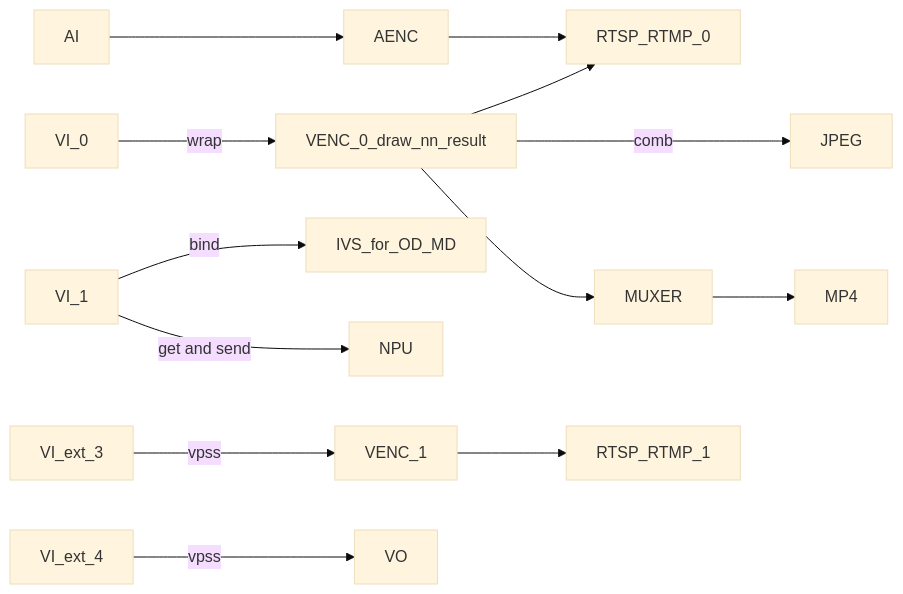
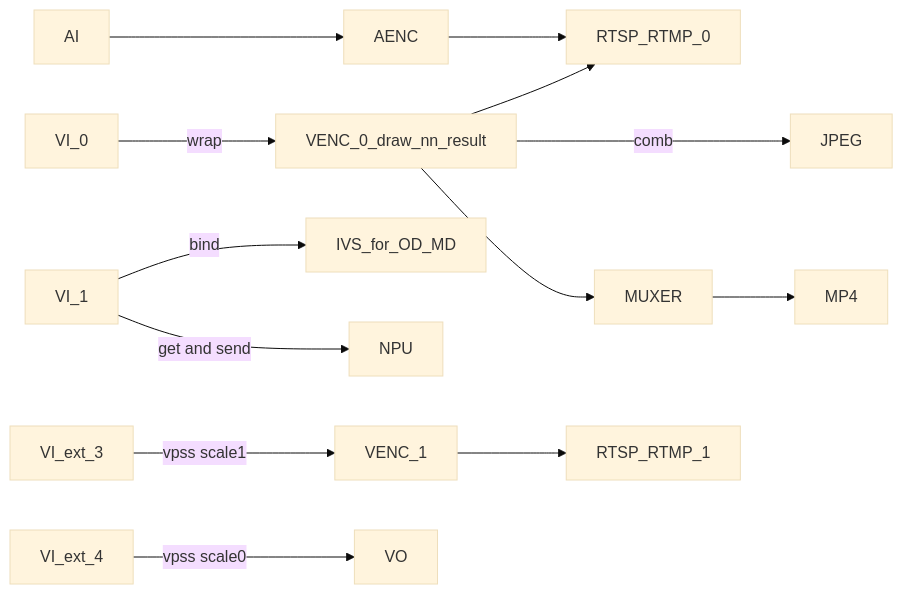
Before and after one commit to mixtile-rockchip/mixtile-sdk-linux-app-rkipc: diagram 18 of 19 in docs/Rockchip_Developer_Guide_Linux_RKIPC_CN.md, drawn with Mermaid (base theme). The commit also changed other lines of this file, not shown here.

````diff
--- a/docs/Rockchip_Developer_Guide_Linux_RKIPC_CN.md
+++ b/docs/Rockchip_Developer_Guide_Linux_RKIPC_CN.md
@@ -384,11 +386,11 @@
 ```mermaid
 graph LR
 	AI-->AENC-->RTSP_RTMP_0
 	VI_0--wrap-->VENC_0_draw_nn_result-->MUXER-->MP4
 	VENC_0_draw_nn_result--combo-->JPEG
 	VI_1--get and send-->NPU
 	VI_1--bind-->IVS_for_OD_MD
 	VENC_0_draw_nn_result-->RTSP_RTMP_0
-	VI_ext_3--vpss-->VENC_1-->RTSP_RTMP_1
-	VI_ext_4--vpss-->VO
+	VI_ext_3--vpss scale1-->VENC_1-->RTSP_RTMP_1
+	VI_ext_4--vpss scale0-->VO
 ```
````
